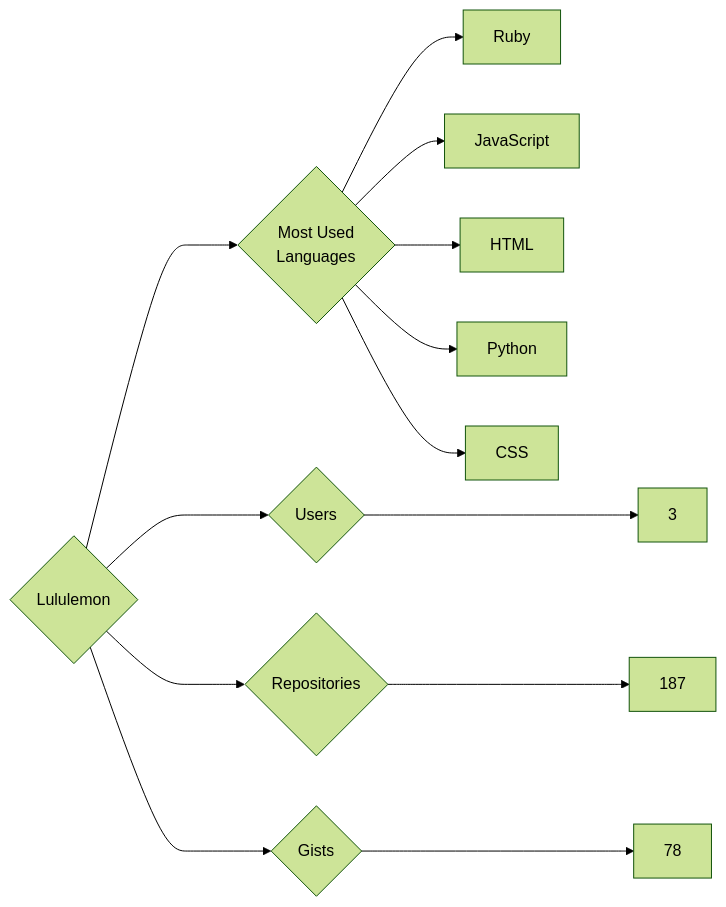
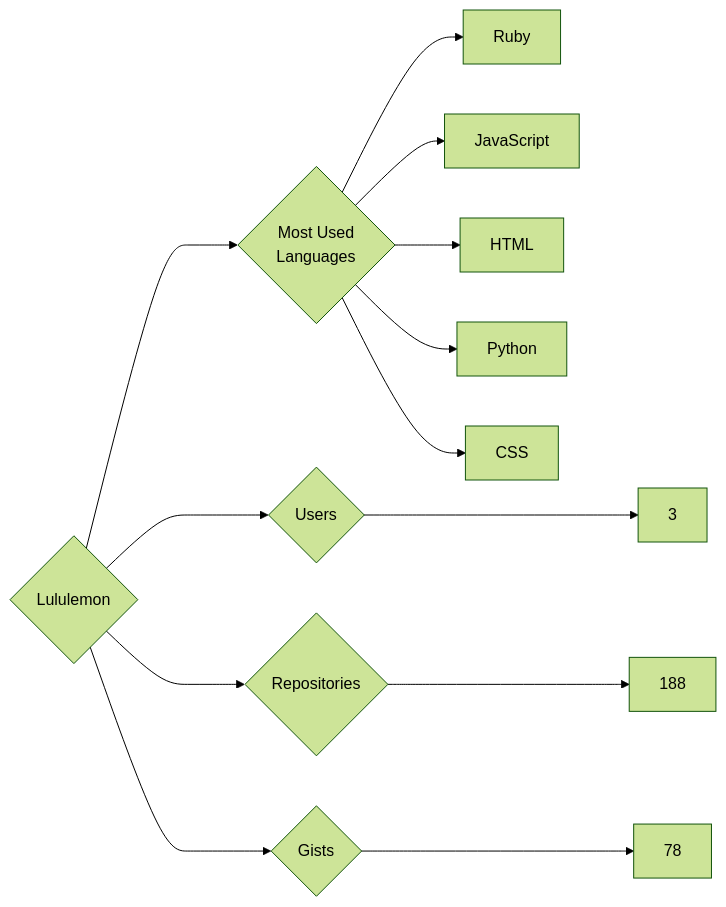
The diagram in targets/Lululemon/README.md (trickest/insiders), drawn with Mermaid (forest theme) before and after one commit. The commit also changed 611 other files, not shown here.

````diff
--- a/targets/Lululemon/README.md
+++ b/targets/Lululemon/README.md
@@ -3,13 +3,13 @@
 ```mermaid
 graph LR
 COMPANY_NAME{Lululemon}
 COMPANY_NAME ---> U{Users} ---> UN[3]
-COMPANY_NAME ---> R{Repositories} ---> RN[187]
+COMPANY_NAME ---> R{Repositories} ---> RN[188]
 COMPANY_NAME ---> G{Gists} ---> GN[78]
 COMPANY_NAME ---> ML{Most Used<br>Languages}
 ML --> Ruby[Ruby]
 ML --> JavaScript[JavaScript]
 ML --> HTML[HTML]
 ML --> Python[Python]
 ML --> CSS[CSS]
 ```
````
